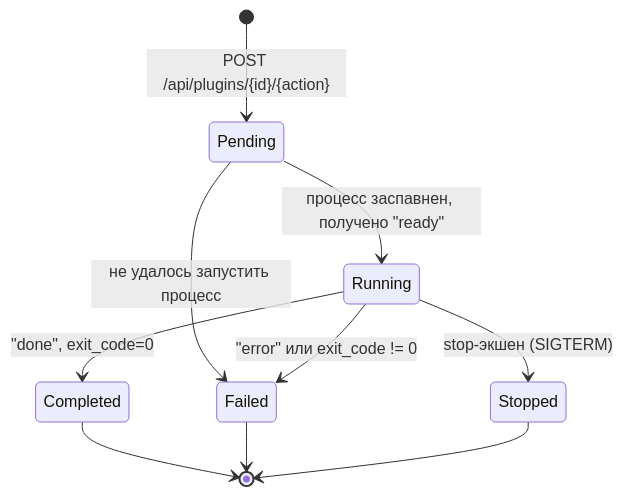
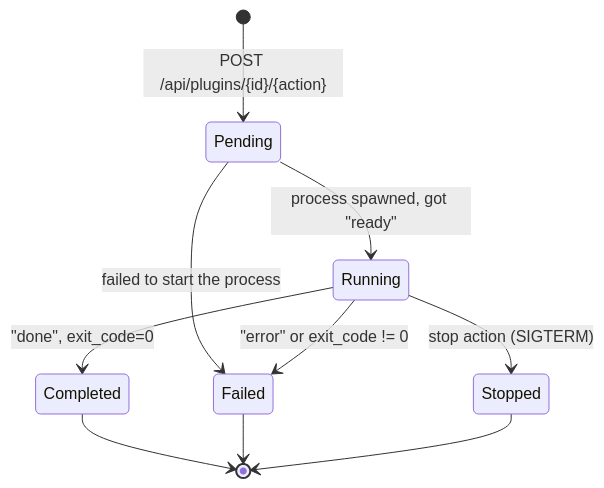
One commit to Atarity/flipctl changed the third of 5 diagrams in backend.md. Above: the diagram before and after it, drawn with Mermaid. The commit also changed other lines of this file and 12 other files, not shown here.

````diff
--- a/backend.md
+++ b/backend.md
@@ -283,12 +319,12 @@
 ```mermaid
 stateDiagram-v2
     [*] --> Pending: POST /api/plugins/{id}/{action}
-    Pending --> Running: процесс заспавнен, получено "ready"
-    Pending --> Failed: не удалось запустить процесс
+    Pending --> Running: process spawned, got "ready"
+    Pending --> Failed: failed to start the process
     Running --> Completed: "done", exit_code=0
-    Running --> Failed: "error" или exit_code != 0
-    Running --> Stopped: stop-экшен (SIGTERM)
+    Running --> Failed: "error" or exit_code != 0
+    Running --> Stopped: stop action (SIGTERM)
     Completed --> [*]
     Failed --> [*]
     Stopped --> [*]
 ```
````
